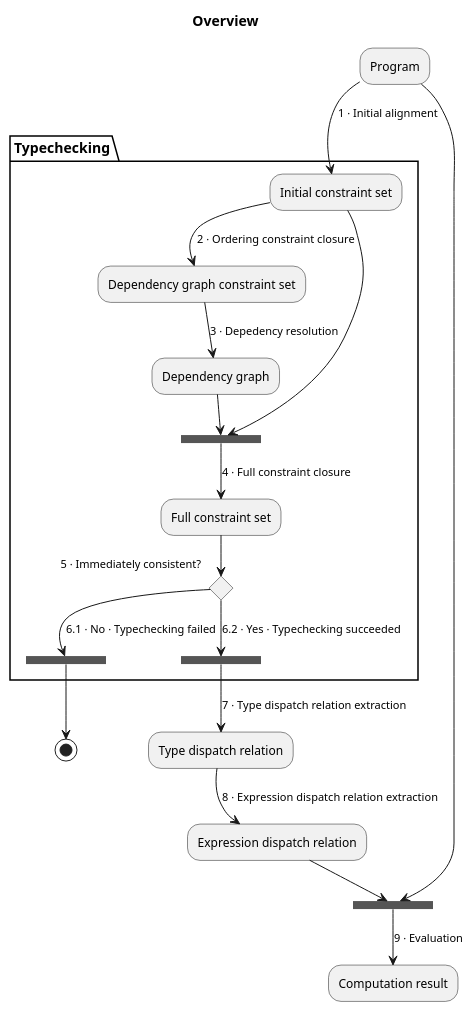
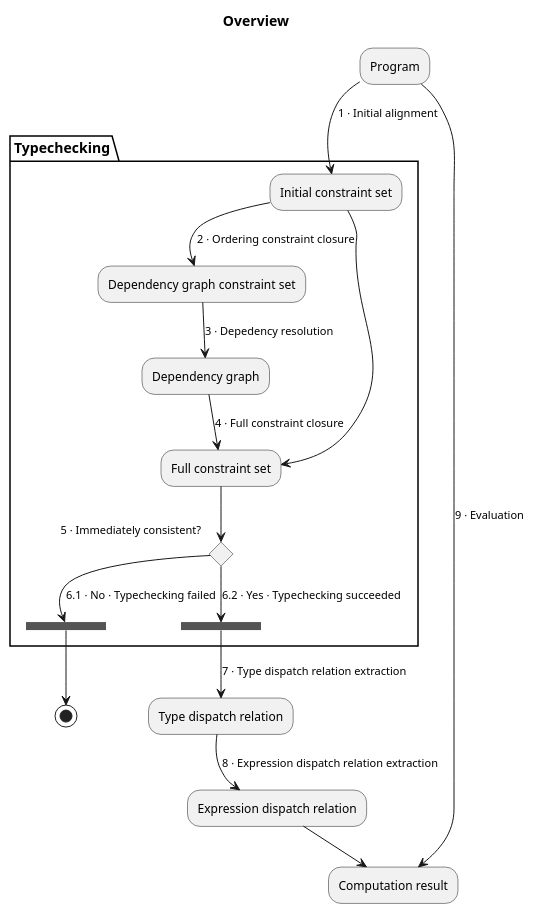
One commit to JHU-PL-Lab/whayrf changed the first of 2 diagrams in docs/implementation-notes.org. Above: the diagram before and after it, drawn with PlantUML. The commit also changed 1 other file, not shown here.

Commit message:
Remove unnecessary bars

```diff
--- a/docs/implementation-notes.org
+++ b/docs/implementation-notes.org
@@ -5,26 +5,24 @@
   #+BEGIN_SRC plantuml :file images/overview.png :exports results
     title Overview
 
-    "Program" --> ===evaluation===
+    "Program" -->[9 · Evaluation] "Computation result"
 
     partition Typechecking {
       "Program" -->[1 · Initial alignment] "Initial constraint set"
       "Initial constraint set" -->[2 · Ordering constraint closure] "Dependency graph constraint set"
       -->[3 · Depedency resolution] "Dependency graph"
-      --> ===full_constraint_closure===
-      "Initial constraint set" --> ===full_constraint_closure===
-      ===full_constraint_closure=== -->[4 · Full constraint closure] "Full constraint set"
+      -->[4 · Full constraint closure] "Full constraint set"
+      "Initial constraint set" --> "Full constraint set"
       if "5 · Immediately consistent?" then
         -->[6.1 · No · Typechecking failed] ===typechecking_failed===
       else
         -->[6.2 · Yes · Typechecking succeeded] ===typechecking_succeeded===
       endif
     }
 
     ===typechecking_failed=== --> (*)
     ===typechecking_succeeded=== -->[7 · Type dispatch relation extraction] "Type dispatch relation"
 
     "Type dispatch relation" -->[8 · Expression dispatch relation extraction] "Expression dispatch relation"
-    --> ===evaluation===
-    -->[9 · Evaluation] "Computation result"
+    --> "Computation result"
   #+END_SRC
```
